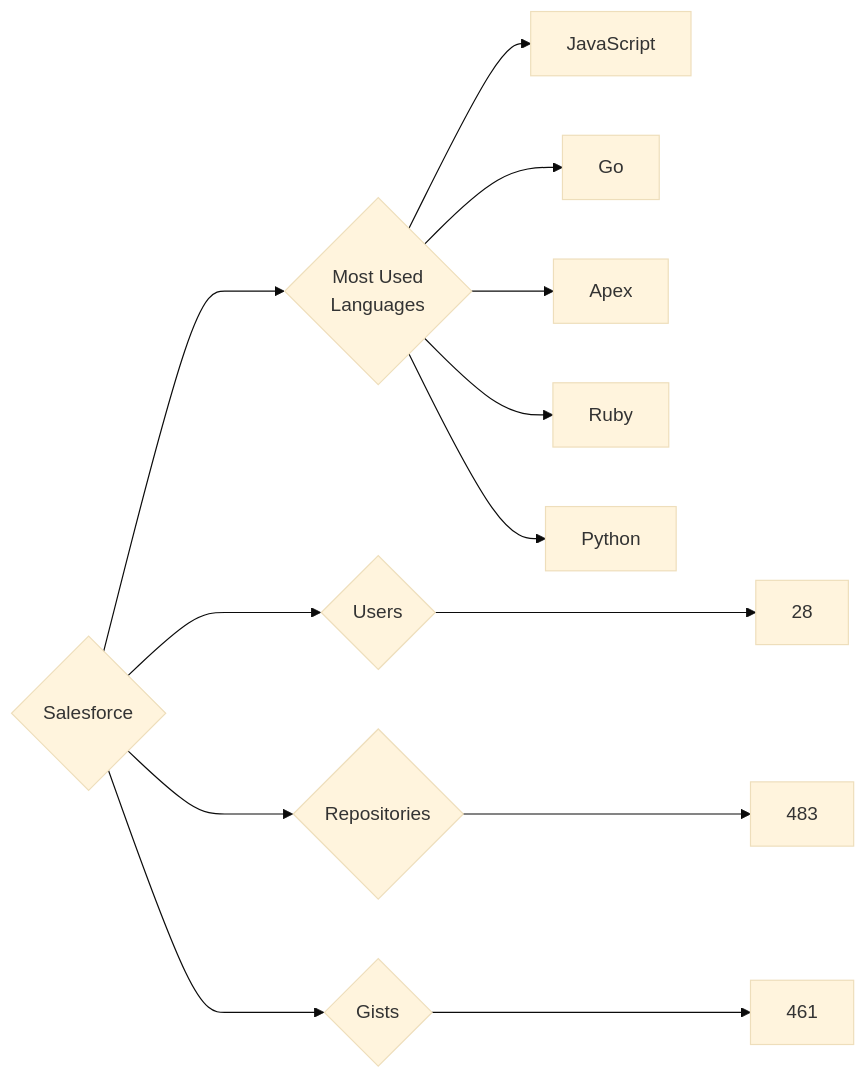
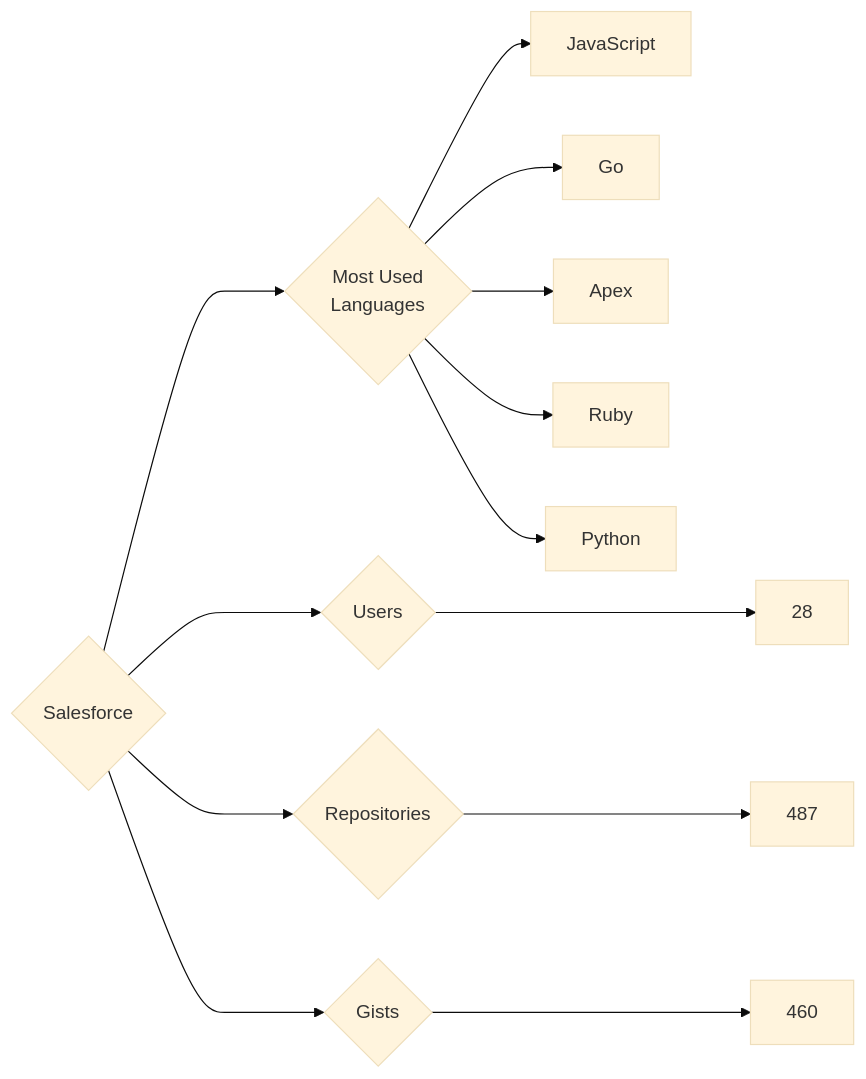
Before and after one commit to trickest/insiders: the diagram in targets/Salesforce/README.md, drawn with Mermaid (base theme). The commit also changed 806 other files, not shown here.

````diff
--- a/targets/Salesforce/README.md
+++ b/targets/Salesforce/README.md
@@ -3,13 +3,13 @@
 ```mermaid
 graph LR
 COMPANY_NAME{Salesforce}
 COMPANY_NAME ---> U{Users} ---> UN[28]
-COMPANY_NAME ---> R{Repositories} ---> RN[483]
-COMPANY_NAME ---> G{Gists} ---> GN[461]
+COMPANY_NAME ---> R{Repositories} ---> RN[487]
+COMPANY_NAME ---> G{Gists} ---> GN[460]
 COMPANY_NAME ---> ML{Most Used<br>Languages}
 ML --> JavaScript[JavaScript]
 ML --> Go[Go]
 ML --> Apex[Apex]
 ML --> Ruby[Ruby]
 ML --> Python[Python]
 ```
````
